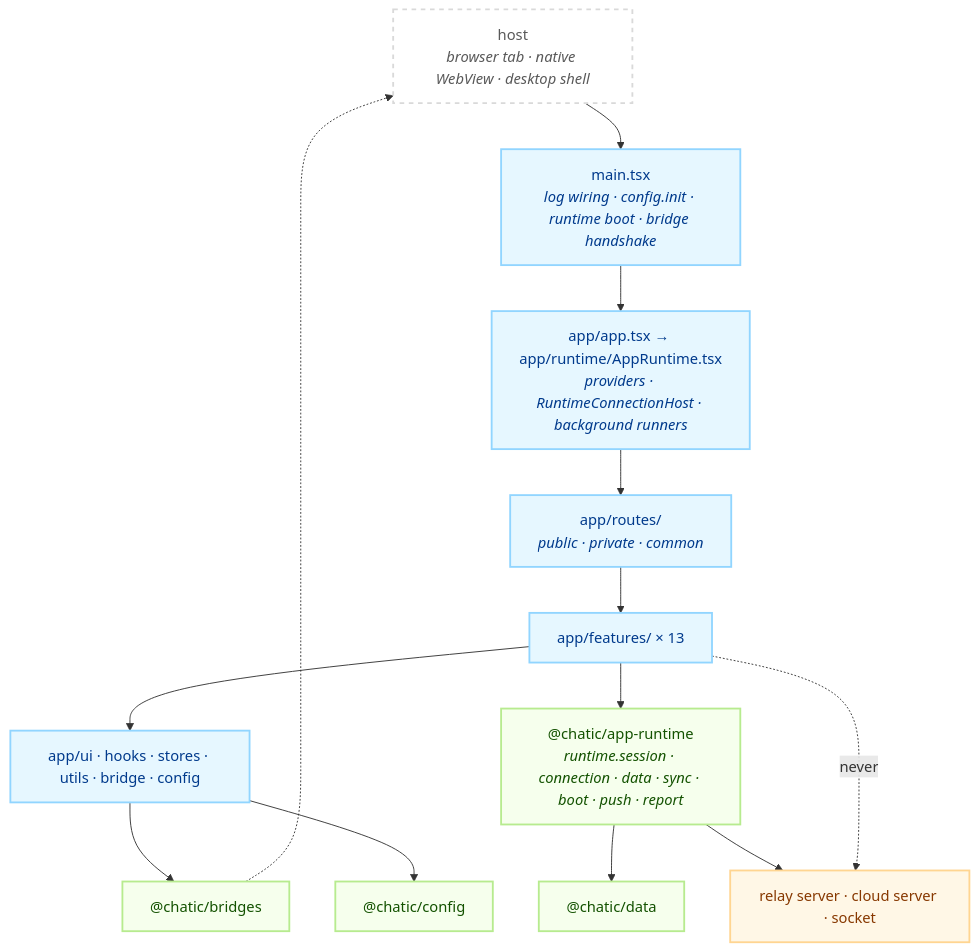
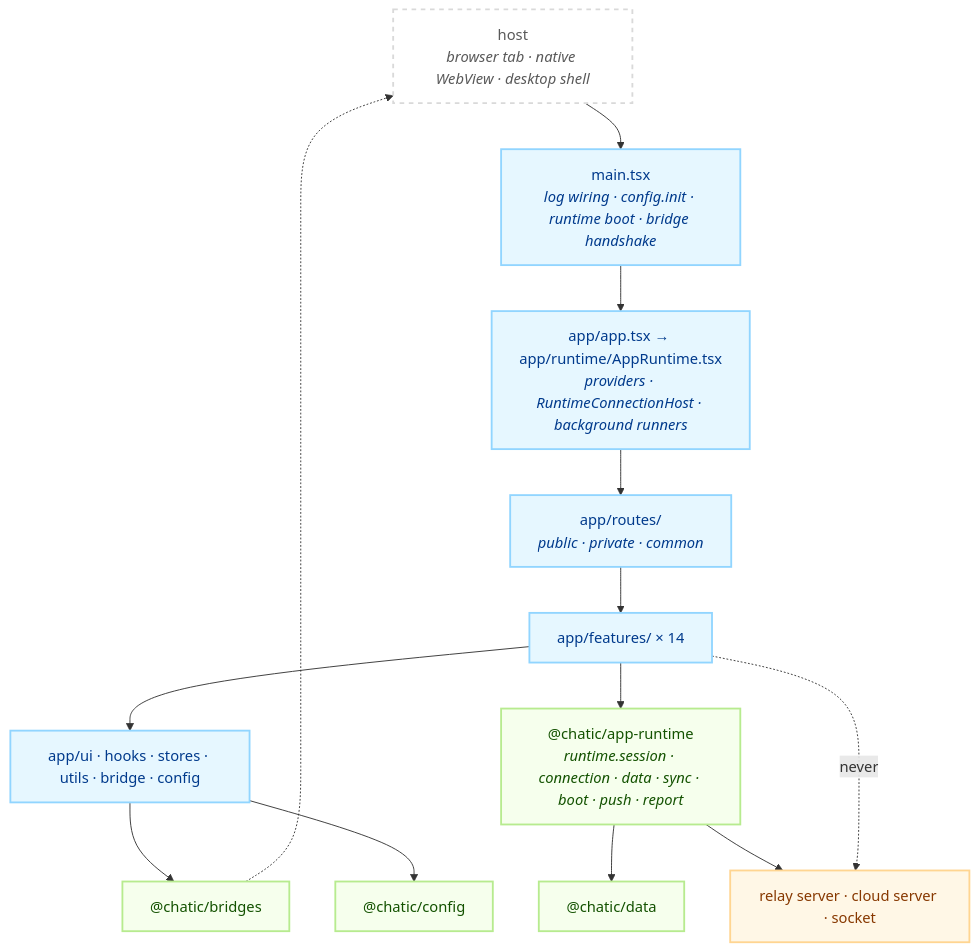
Before and after one commit to lemoncloud-io/dou-app: the first of 2 diagrams in apps/web/README.md, drawn with Mermaid. The commit also changed other lines of this file and 9 other files, not shown here.

````diff
--- a/apps/web/README.md
+++ b/apps/web/README.md
@@ -93,34 +93,34 @@
 ```mermaid
 flowchart TD
     classDef shell fill:#ffffff,stroke:#d9d9d9,stroke-width:2px,color:#595959,stroke-dasharray: 5 5;
     classDef app fill:#e6f7ff,stroke:#91d5ff,stroke-width:2px,color:#003a8c;
     classDef lib fill:#f6ffed,stroke:#b7eb8f,stroke-width:2px,color:#135200;
     classDef ext fill:#fff7e6,stroke:#ffd591,stroke-width:2px,color:#873800;
 
     Shell["host<br/><i>browser tab · native WebView · desktop shell</i>"]:::shell
     Main["main.tsx<br/><i>log wiring · config.init · runtime boot · bridge handshake</i>"]:::app
     App["app/app.tsx → app/runtime/AppRuntime.tsx<br/><i>providers · RuntimeConnectionHost · background runners</i>"]:::app
     Routes["app/routes/<br/><i>public · private · common</i>"]:::app
-    Feat["app/features/ × 13"]:::app
+    Feat["app/features/ × 14"]:::app
     SharedDirs["app/ui · hooks · stores · utils · bridge · config"]:::app
 
     Runtime["@chatic/app-runtime<br/><i>runtime.session · connection · data · sync · boot · push · report</i>"]:::lib
     Data["@chatic/data"]:::lib
     Bridges["@chatic/bridges"]:::lib
     Config["@chatic/config"]:::lib
     Backend["relay server · cloud server · socket"]:::ext
 
     Shell --> Main
     Main --> App
     App --> Routes
     Routes --> Feat
     Feat --> SharedDirs
     Feat --> Runtime
     SharedDirs --> Bridges
     SharedDirs --> Config
     Runtime --> Data
     Runtime --> Backend
     Bridges -.-> Shell
 
     Feat -.->|never| Backend
 ```
````
